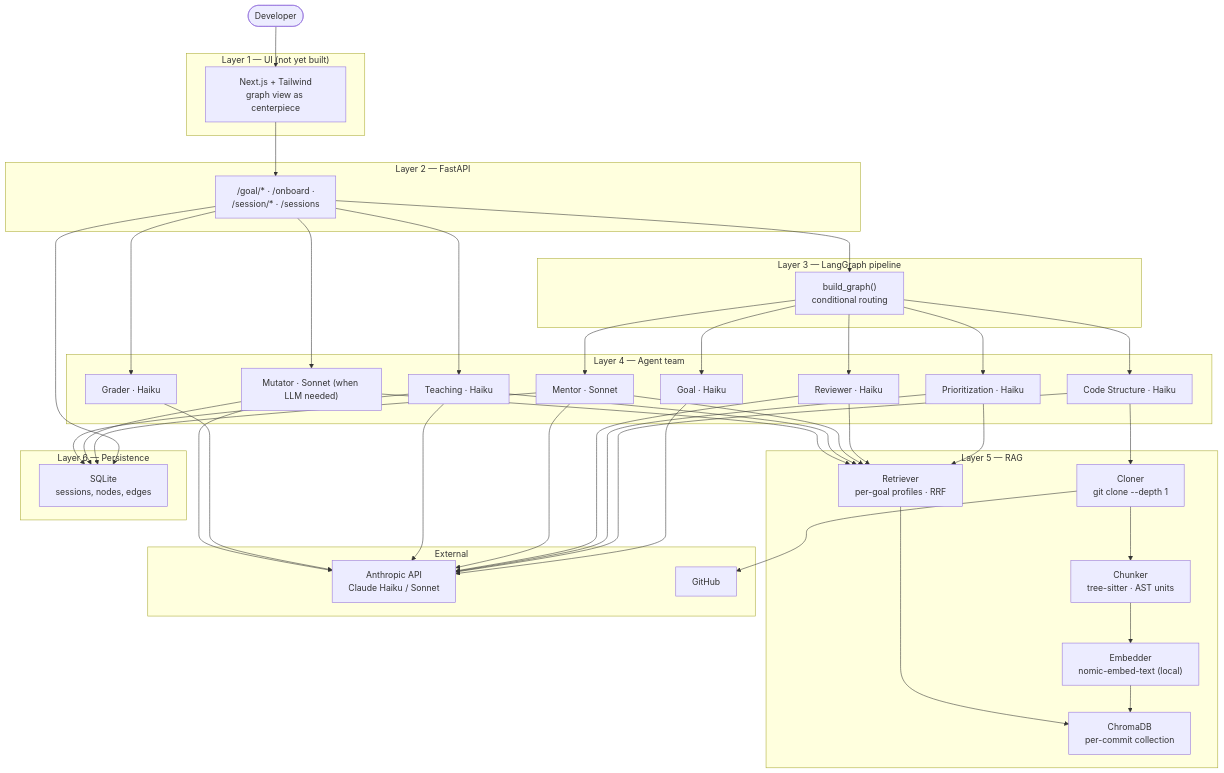
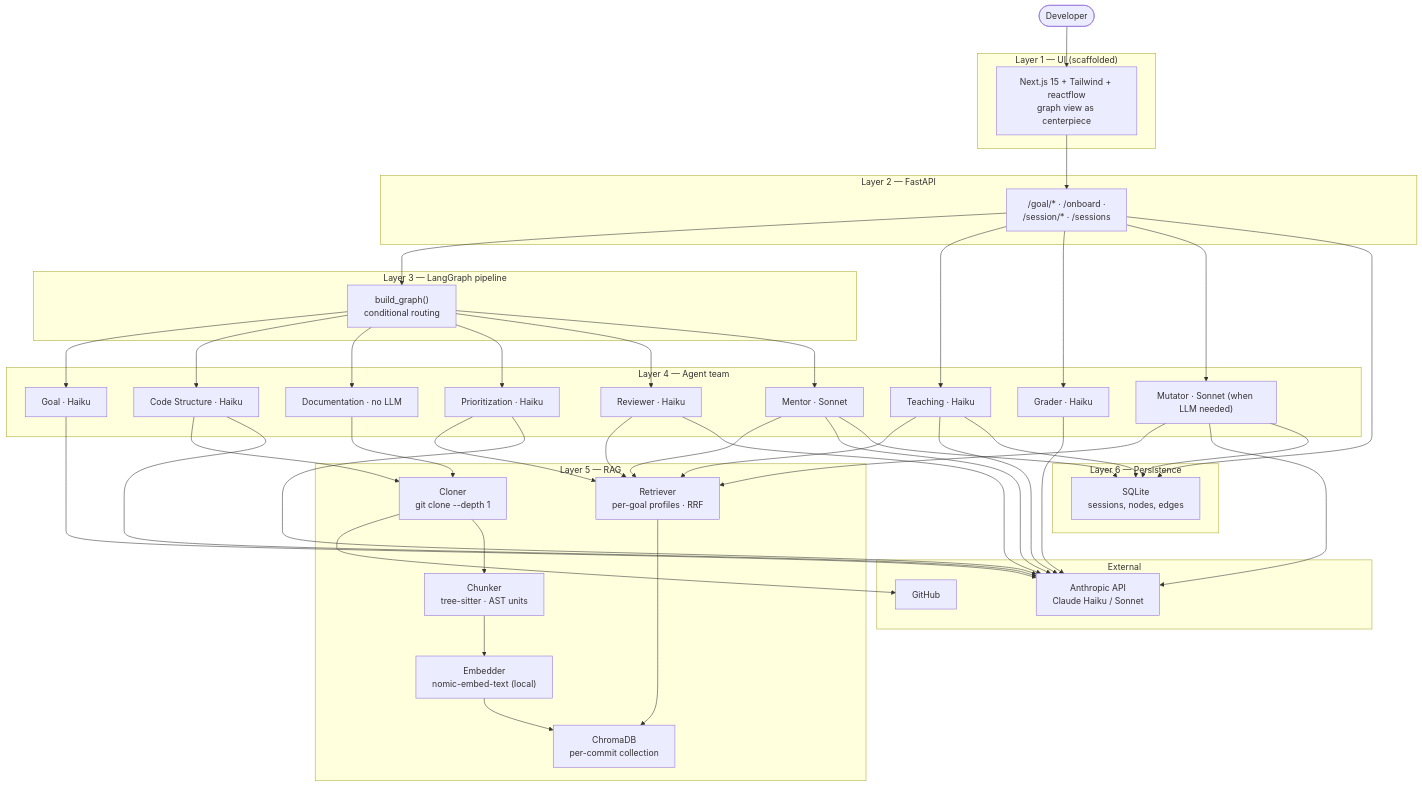
One commit to talziv2/CodeOnboard changed the third of 12 diagrams in docs/project-summary.md. Above: the diagram before and after it, drawn with Mermaid. The commit also changed other lines of this file and 35 other files, not shown here.

````diff
--- a/docs/project-summary.md
+++ b/docs/project-summary.md
@@ -246,62 +246,64 @@
 ```mermaid
 graph TB
     User(["Developer"])
 
-    subgraph UI["Layer 1 — UI (not yet built)"]
-        Web["Next.js + Tailwind<br/>graph view as centerpiece"]
+    subgraph UI["Layer 1 — UI (scaffolded)"]
+        Web["Next.js 15 + Tailwind + reactflow<br/>graph view as centerpiece"]
     end
 
     subgraph API["Layer 2 — FastAPI"]
         Endpoints["/goal/* · /onboard ·<br/>/session/* · /sessions"]
     end
 
     subgraph Orch["Layer 3 — LangGraph pipeline"]
         Graph["build_graph()<br/>conditional routing"]
     end
 
     subgraph Agents["Layer 4 — Agent team"]
         GA["Goal · Haiku"]
         CSA["Code Structure · Haiku"]
+        DA["Documentation · no LLM"]
         PA["Prioritization · Haiku"]
         RA["Reviewer · Haiku"]
         MA["Mentor · Sonnet"]
         TA["Teaching · Haiku"]
         GD["Grader · Haiku"]
         MU["Mutator · Sonnet (when LLM needed)"]
     end
 
     subgraph RAG["Layer 5 — RAG"]
         Cln["Cloner<br/>git clone --depth 1"]
         Ch["Chunker<br/>tree-sitter · AST units"]
         Em["Embedder<br/>nomic-embed-text (local)"]
         Vs["ChromaDB<br/>per-commit collection"]
         Ret["Retriever<br/>per-goal profiles · RRF"]
     end
 
     subgraph Pers["Layer 6 — Persistence"]
         Db["SQLite<br/>sessions, nodes, edges"]
     end
 
     subgraph Ext["External"]
         Anth["Anthropic API<br/>Claude Haiku / Sonnet"]
         GH["GitHub"]
     end
 
     User --> Web --> Endpoints
     Endpoints --> Graph
-    Graph --> GA & CSA & PA & RA & MA
+    Graph --> GA & CSA & DA & PA & RA & MA
     Endpoints --> TA & GD & MU
     CSA --> Cln --> GH
     Cln --> Ch --> Em --> Vs
+    DA --> Cln
     PA --> Ret
     RA --> Ret
     MA --> Ret
     TA --> Ret
     MU --> Ret
     Ret --> Vs
     GA & CSA & PA & RA & MA & TA & GD & MU --> Anth
     Endpoints --> Db
     MA --> Db
     MU --> Db
     TA --> Db
 ```
````
